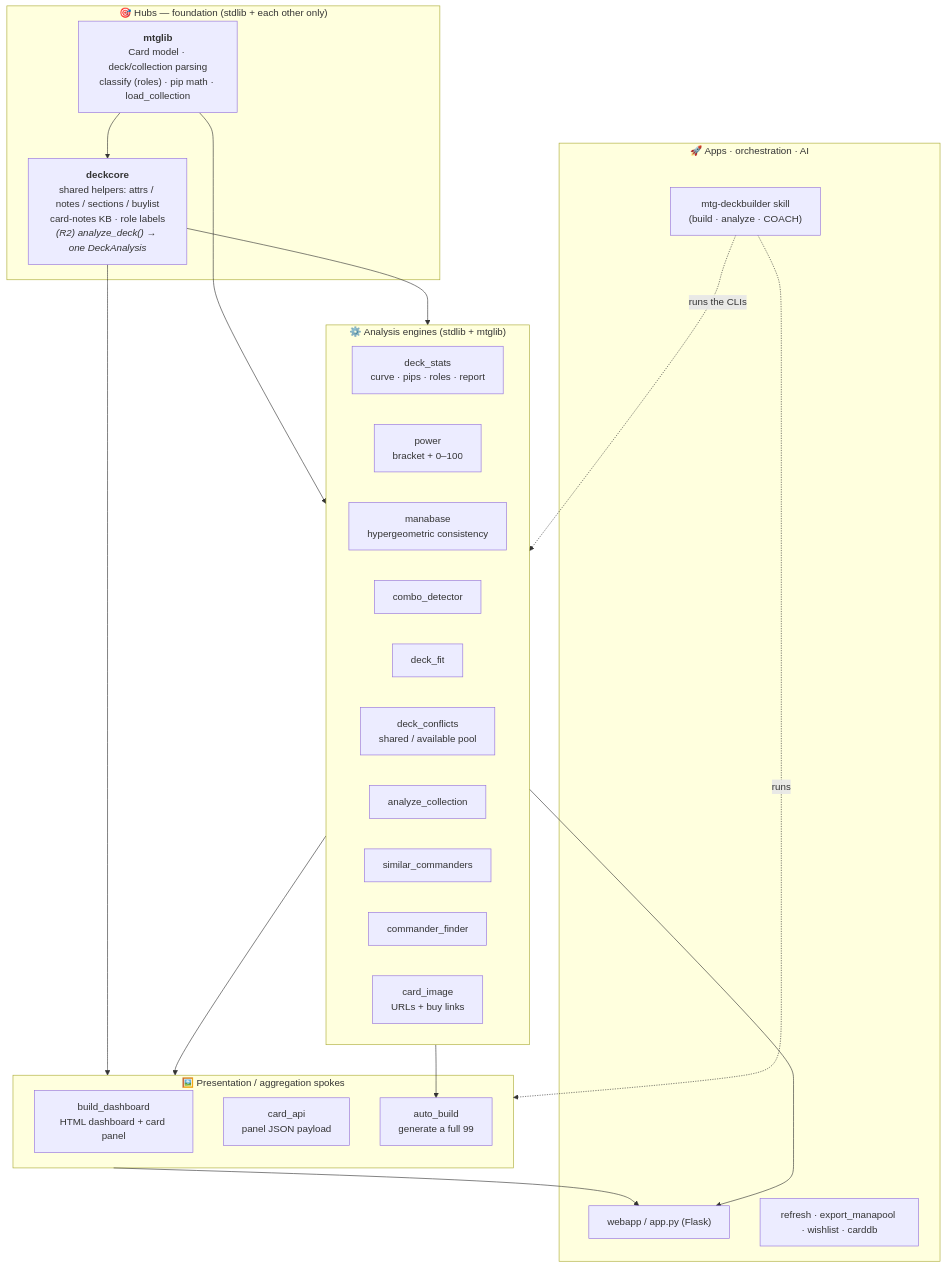
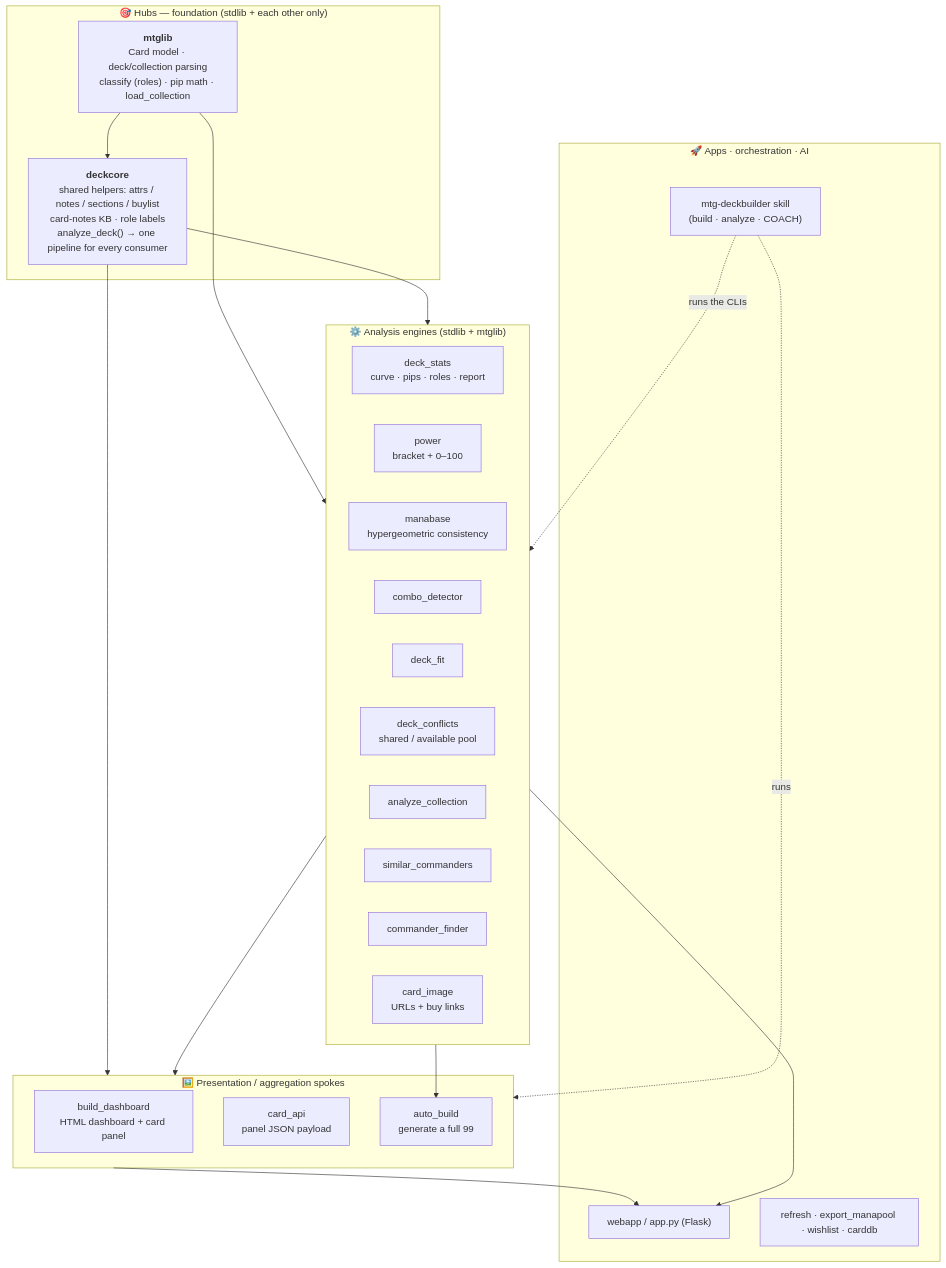
The diagram in docs/codemap.md (bmfrench89/MTGDeckBuilder), drawn with Mermaid before and after one commit. The commit also changed other lines of this file, not shown here.

````diff
--- a/docs/codemap.md
+++ b/docs/codemap.md
@@ -15,43 +15,43 @@
 ```mermaid
 flowchart TB
   subgraph HUBS["🎯 Hubs — foundation (stdlib + each other only)"]
     mtglib["<b>mtglib</b><br/>Card model · deck/collection parsing<br/>classify (roles) · pip math · load_collection"]
-    deckcore["<b>deckcore</b><br/>shared helpers: attrs / notes / sections / buylist<br/>card-notes KB · role labels<br/><i>(R2) analyze_deck() → one DeckAnalysis</i>"]
+    deckcore["<b>deckcore</b><br/>shared helpers: attrs / notes / sections / buylist<br/>card-notes KB · role labels<br/>analyze_deck() → one pipeline for every consumer"]
   end
 
   subgraph ENGINES["⚙️ Analysis engines (stdlib + mtglib)"]
     deck_stats["deck_stats<br/>curve · pips · roles · report"]
     power["power<br/>bracket + 0–100"]
     manabase["manabase<br/>hypergeometric consistency"]
     combo["combo_detector"]
     deck_fit["deck_fit"]
     conflicts["deck_conflicts<br/>shared / available pool"]
     analyzec["analyze_collection"]
     simc["similar_commanders"]
     cfind["commander_finder"]
     cimg["card_image<br/>URLs + buy links"]
   end
 
   subgraph SPOKES["🖼️ Presentation / aggregation spokes"]
     dashboard["build_dashboard<br/>HTML dashboard + card panel"]
     cardapi["card_api<br/>panel JSON payload"]
     autobuild["auto_build<br/>generate a full 99"]
   end
 
   subgraph APPS["🚀 Apps · orchestration · AI"]
     webapp["webapp / app.py (Flask)"]
     refresh["refresh · export_manapool · wishlist · carddb"]
     skill["mtg-deckbuilder skill<br/>(build · analyze · COACH)"]
   end
 
   mtglib --> deckcore
   mtglib --> ENGINES
   deckcore --> ENGINES
   deckcore --> SPOKES
   ENGINES --> SPOKES
   ENGINES --> autobuild
   SPOKES --> webapp
   ENGINES --> webapp
   skill -. "runs the CLIs" .-> ENGINES
   skill -. "runs" .-> SPOKES
 ```
````
